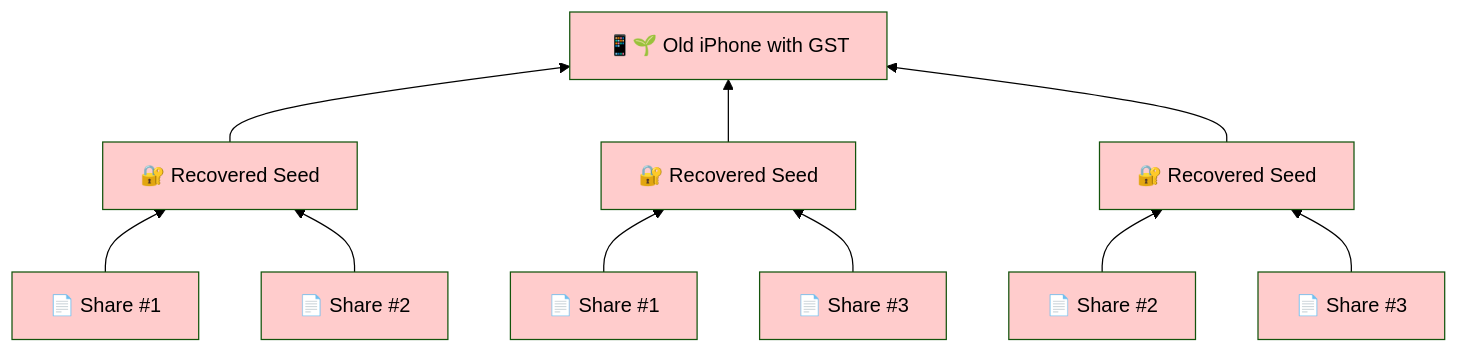
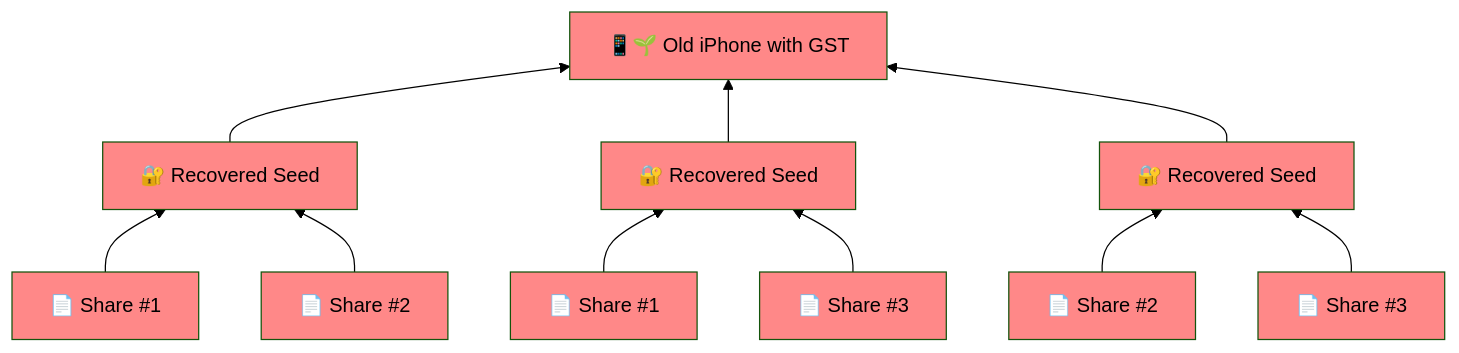
Diagram 13 of 26 in Docs/Scenario-Multisig.md (BlockchainCommons/SmartCustody), drawn with Mermaid (forest theme) before and after one commit. The commit also changed other lines of this file, not shown here.

````diff
--- a/Docs/Scenario-Multisig.md
+++ b/Docs/Scenario-Multisig.md
@@ -479,34 +479,34 @@
 ```mermaid
     graph BT;
     A["📱🌱 Old iPhone with GST"]
     B["🔐 Recovered Seed"]
     C["📄 Share #1"]
     D["📄 Share #2"]
     E["🔐 Recovered Seed"]
     F["📄 Share #1"]
     G["📄 Share #3"]
     H["🔐 Recovered Seed"]
     I["📄 Share #2"]
     J["📄 Share #3"]
     
     B-->A
     E-->A
     H-->A
     C-->B
     D-->B
     F-->E
     G-->E
     I-->H
     J-->H
   
-    style A fill:#ffcccc;
-    style B fill:#ffcccc;
-    style C fill:#ffcccc;
-    style D fill:#ffcccc;
-    style E fill:#ffcccc;
-    style F fill:#ffcccc;
-    style G fill:#ffcccc;
-    style H fill:#ffcccc;
-    style I fill:#ffcccc;
-    style J fill:#ffcccc;
+    style A fill:#ff8888;
+    style B fill:#ff8888;
+    style C fill:#ff8888;
+    style D fill:#ff8888;
+    style E fill:#ff8888;
+    style F fill:#ff8888;
+    style G fill:#ff8888;
+    style H fill:#ff8888;
+    style I fill:#ff8888;
+    style J fill:#ff8888;
 ```
````
